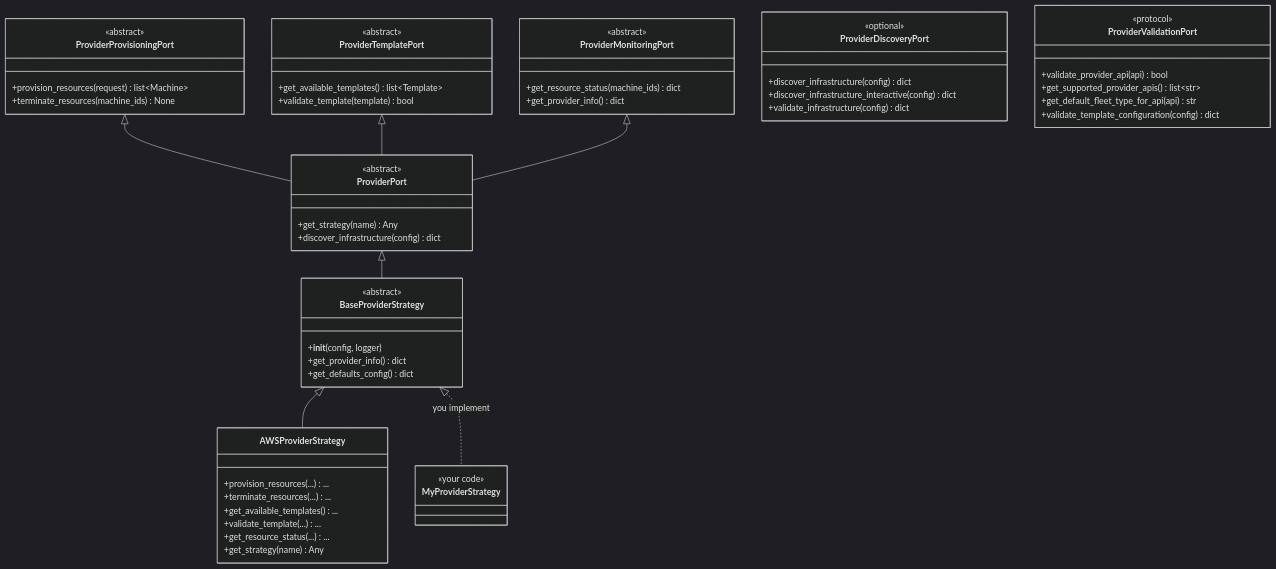
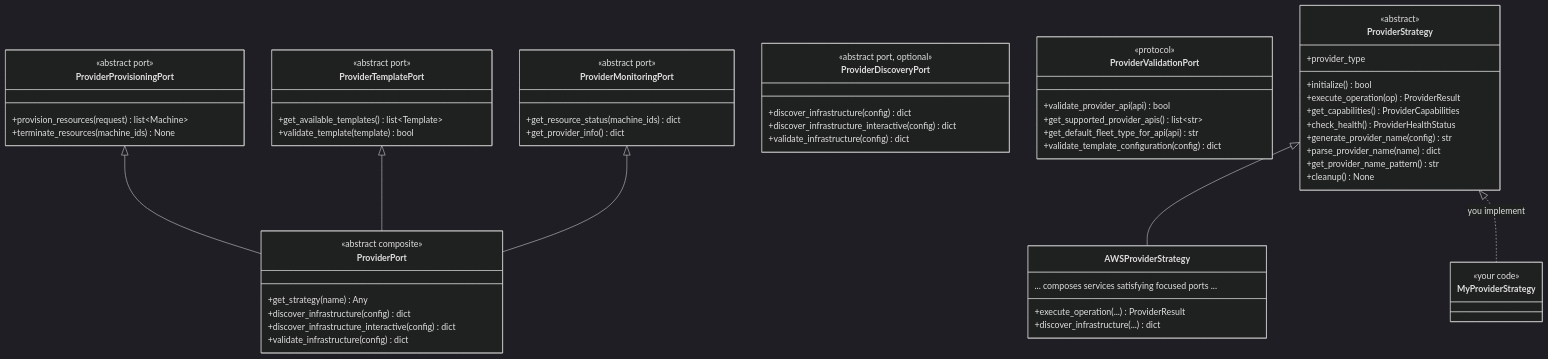
The second of 2 diagrams in docs/root/developer_guide/adding_a_provider.md (finos/open-resource-broker), drawn with Mermaid (dark theme) before and after one commit. The commit also changed other lines of this file, not shown here.

First line of the commit message:
docs(developer-guide): align adding_a_provider with codebase

````diff
--- a/docs/root/developer_guide/adding_a_provider.md
+++ b/docs/root/developer_guide/adding_a_provider.md
@@ -181,59 +191,63 @@
 ```mermaid
 classDiagram
     class ProviderProvisioningPort {
-        <<abstract>>
+        <<abstract port>>
         +provision_resources(request) list~Machine~
         +terminate_resources(machine_ids) None
     }
     class ProviderTemplatePort {
-        <<abstract>>
+        <<abstract port>>
         +get_available_templates() list~Template~
         +validate_template(template) bool
     }
     class ProviderMonitoringPort {
-        <<abstract>>
+        <<abstract port>>
         +get_resource_status(machine_ids) dict
         +get_provider_info() dict
     }
     class ProviderDiscoveryPort {
-        <<optional>>
+        <<abstract port, optional>>
         +discover_infrastructure(config) dict
         +discover_infrastructure_interactive(config) dict
         +validate_infrastructure(config) dict
     }
     class ProviderValidationPort {
         <<protocol>>
         +validate_provider_api(api) bool
         +get_supported_provider_apis() list~str~
         +get_default_fleet_type_for_api(api) str
         +validate_template_configuration(config) dict
     }
     class ProviderPort {
-        <<abstract>>
+        <<abstract composite>>
         +get_strategy(name) Any
         +discover_infrastructure(config) dict
+        +discover_infrastructure_interactive(config) dict
+        +validate_infrastructure(config) dict
     }
-    class BaseProviderStrategy {
+    class ProviderStrategy {
         <<abstract>>
-        +__init__(config, logger)
-        +get_provider_info() dict
-        +get_defaults_config() dict
+        +provider_type
+        +initialize() bool
+        +execute_operation(op) ProviderResult
+        +get_capabilities() ProviderCapabilities
+        +check_health() ProviderHealthStatus
+        +generate_provider_name(config) str
+        +parse_provider_name(name) dict
+        +get_provider_name_pattern() str
+        +cleanup() None
     }
     class AWSProviderStrategy {
-        +provision_resources(...) ...
-        +terminate_resources(...) ...
-        +get_available_templates() ...
-        +validate_template(...) ...
-        +get_resource_status(...) ...
-        +get_strategy(name) Any
+        +execute_operation(...) ProviderResult
+        +discover_infrastructure(...) dict
+        ... composes services satisfying focused ports ...
     }
     class MyProviderStrategy {
         <<your code>>
     }
     ProviderProvisioningPort <|-- ProviderPort
     ProviderTemplatePort <|-- ProviderPort
     ProviderMonitoringPort <|-- ProviderPort
-    ProviderPort <|-- BaseProviderStrategy
-    BaseProviderStrategy <|-- AWSProviderStrategy
-    BaseProviderStrategy <|.. MyProviderStrategy : you implement
+    ProviderStrategy <|-- AWSProviderStrategy
+    ProviderStrategy <|.. MyProviderStrategy : you implement
 ```
````
